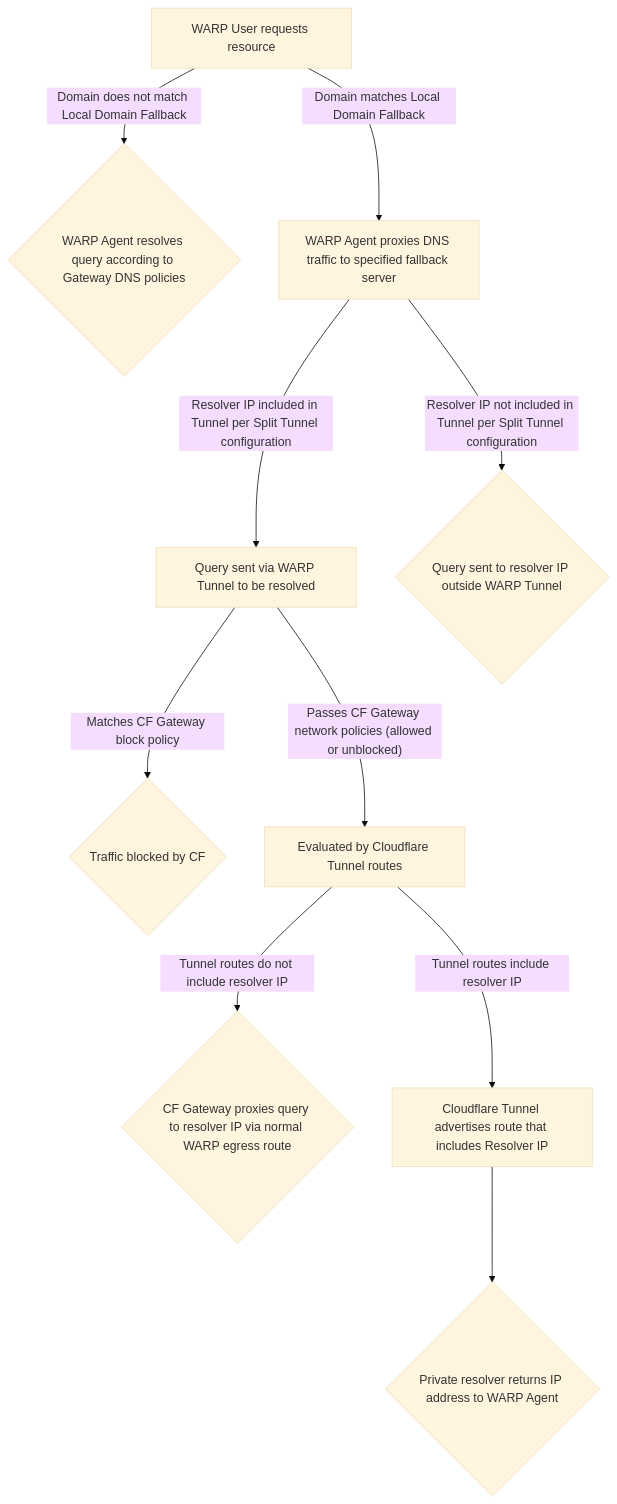
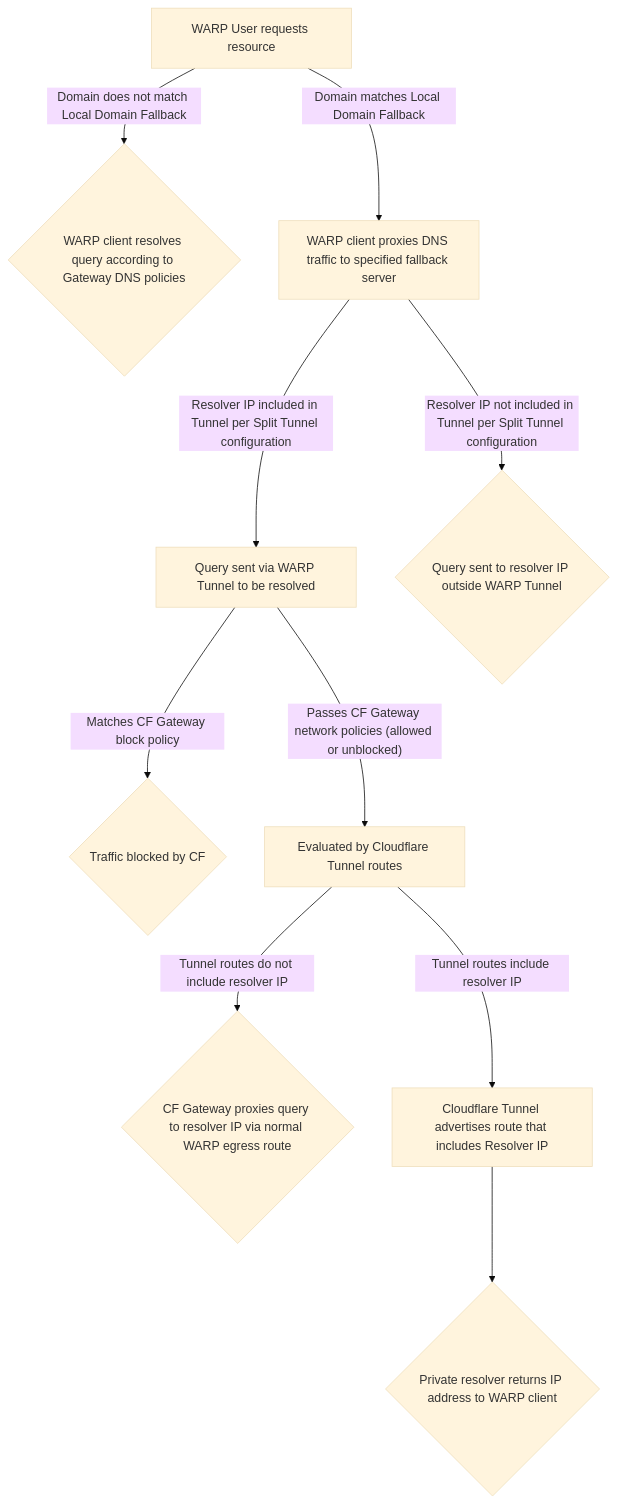
One commit to rdhanarot/cloudflare-docs changed the diagram in content/cloudflare-one/connections/connect-devices/warp/exclude-traffic/_index.md. Above: the diagram before and after it, drawn with Mermaid (base theme). The commit also changed other lines of this file, not shown here.

Commit message:
Small tweaks (#6062)

```diff
--- a/content/cloudflare-one/connections/connect-devices/warp/exclude-traffic/_index.md
+++ b/content/cloudflare-one/connections/connect-devices/warp/exclude-traffic/_index.md
@@ -35,12 +35,13 @@
 <div class="mermaid">
 flowchart TD
-A[WARP User requests resource] -- Domain does not match Local Domain Fallback --> C{WARP Agent resolves query according to Gateway DNS policies}
-A -- Domain matches Local Domain Fallback --> D[WARP Agent proxies DNS traffic to specified fallback server]
+accTitle: WARP traffic is evaluated and routed through various parts of the Cloudflare network
+A[WARP User requests resource] -- Domain does not match Local Domain Fallback --> C{WARP client resolves query according to Gateway DNS policies}
+A -- Domain matches Local Domain Fallback --> D[WARP client proxies DNS traffic to specified fallback server]
 D -- Resolver IP included in Tunnel per Split Tunnel configuration --> E[Query sent via WARP Tunnel to be resolved]
 D -- Resolver IP not included in Tunnel per Split Tunnel configuration --> F{Query sent to resolver IP outside WARP Tunnel} 
 E -- Matches CF Gateway block policy --> G{Traffic blocked by CF}
 E -- "Passes CF Gateway network policies (allowed or unblocked)" --> H[Evaluated by Cloudflare Tunnel routes]
 H -- Tunnel routes do not include resolver IP --> I{CF Gateway proxies query to resolver IP via normal WARP egress route}
 H -- Tunnel routes include resolver IP --> J[Cloudflare Tunnel advertises route that includes Resolver IP]
-J --> L{Private resolver returns IP address to WARP Agent}
+J --> L{Private resolver returns IP address to WARP client}
 </div>
```
